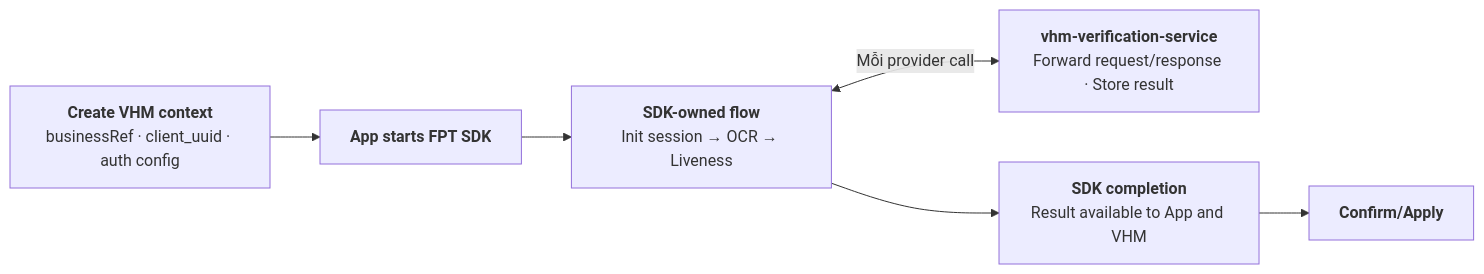
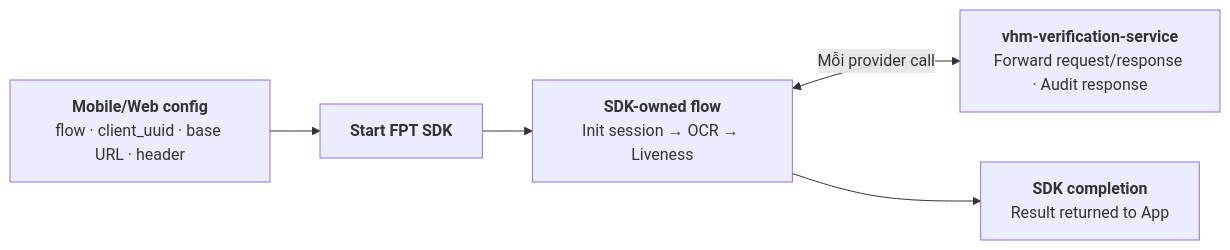
One commit to huynv-xyz/vhm changed the sixth of 8 diagrams in noxh-ekyc.md. Above: the diagram before and after it, drawn with Mermaid. The commit also changed other lines of this file, not shown here.

````diff
--- a/noxh-ekyc.md
+++ b/noxh-ekyc.md
@@ -348,17 +339,16 @@
 ```mermaid
 flowchart LR
-    CONTEXT["`**Create VHM context**
-businessRef · client_uuid · auth config`"]
-    START["`**App starts FPT SDK**`"]
+    CONFIG["`**Mobile/Web config**
+flow · client_uuid · base URL · header`"]
+    START["`**Start FPT SDK**`"]
     SDK["`**SDK-owned flow**
 Init session → OCR → Liveness`"]
     FORWARD["`**vhm-verification-service**
-Forward request/response · Store result`"]
+Forward request/response · Audit response`"]
     RESULT["`**SDK completion**
-Result available to App and VHM`"]
-    APPLY["`**Confirm/Apply**`"]
+Result returned to App`"]
 
-    CONTEXT --> START --> SDK
+    CONFIG --> START --> SDK
     SDK <-->|"Mỗi provider call"| FORWARD
-    SDK --> RESULT --> APPLY
+    SDK --> RESULT
 ```
````
